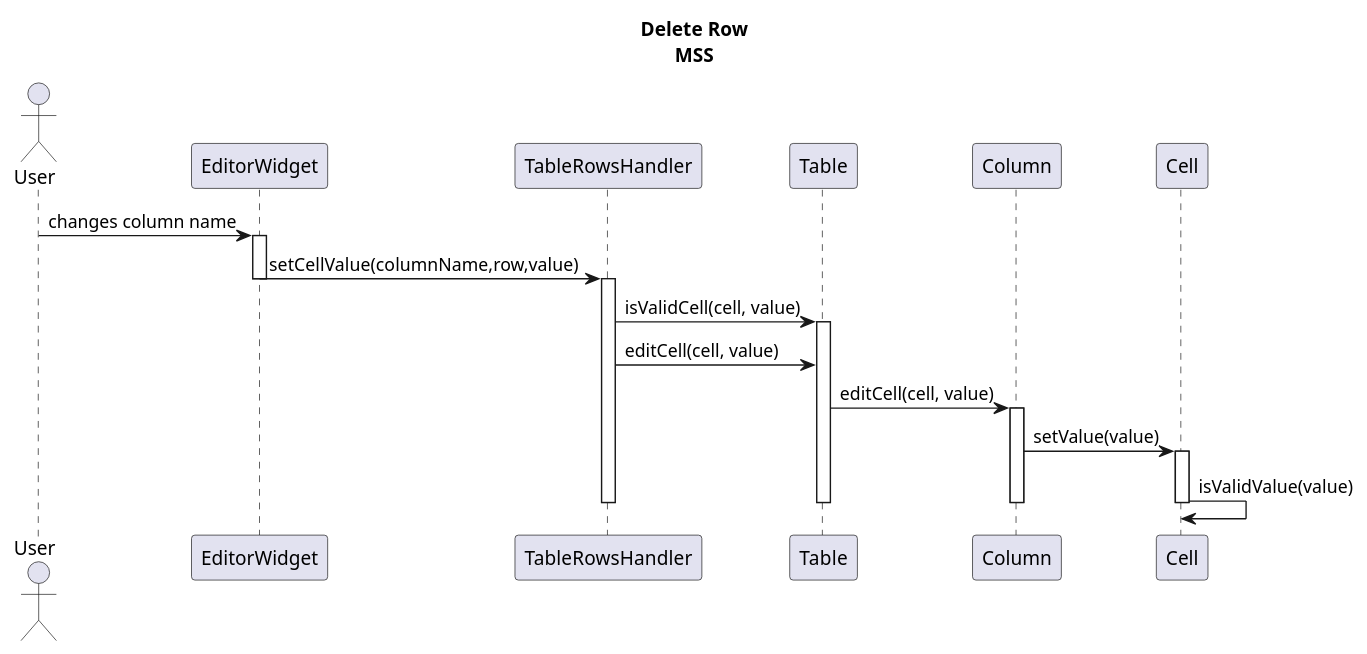
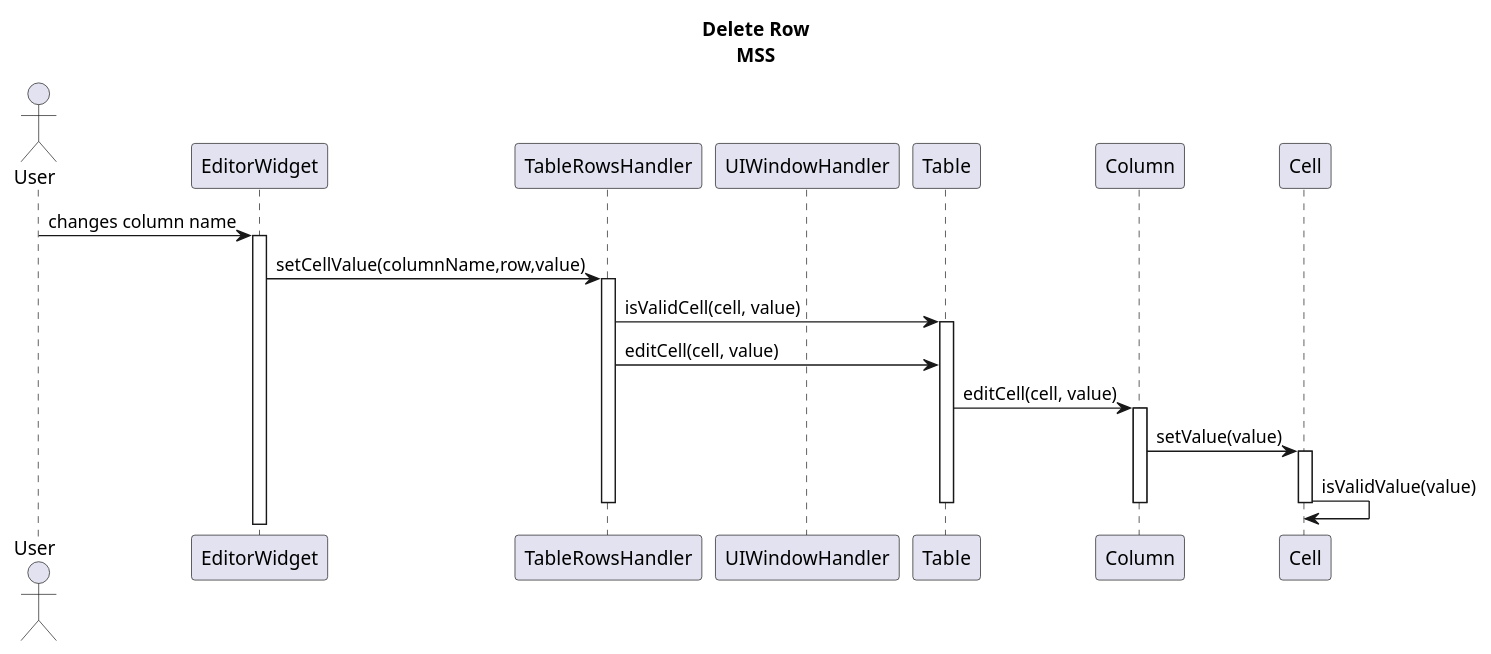
Before and after one commit to Bhamoss/softwareOntwerpProject: the diagram in diagrams/interactionDiagrams/editRowValue.puml, drawn with PlantUML. The commit also changed 94 other files, not shown here.

```diff
--- a/diagrams/interactionDiagrams/editRowValue.puml
+++ b/diagrams/interactionDiagrams/editRowValue.puml
@@ -1,25 +1,26 @@
 @startuml
 title Delete Row\nMSS
 Actor User
 
 User -> EditorWidget: changes column name
 activate EditorWidget
 EditorWidget -> TableRowsHandler: setCellValue(columnName,row,value)
-deactivate
+deactivate UIWindowHandler
+
 activate TableRowsHandler
 TableRowsHandler -> Table: isValidCell(cell, value)
 activate Table
 TableRowsHandler -> Table: editCell(cell, value)
 
 Table -> Column: editCell(cell, value)
 activate Column
 Column -> Cell: setValue(value)
 activate Cell
 Cell -> Cell: isValidValue(value)
 deactivate Cell
 deactivate Column
 
 deactivate Table
 
 deactivate TableRowsHandler
 @enduml
```
